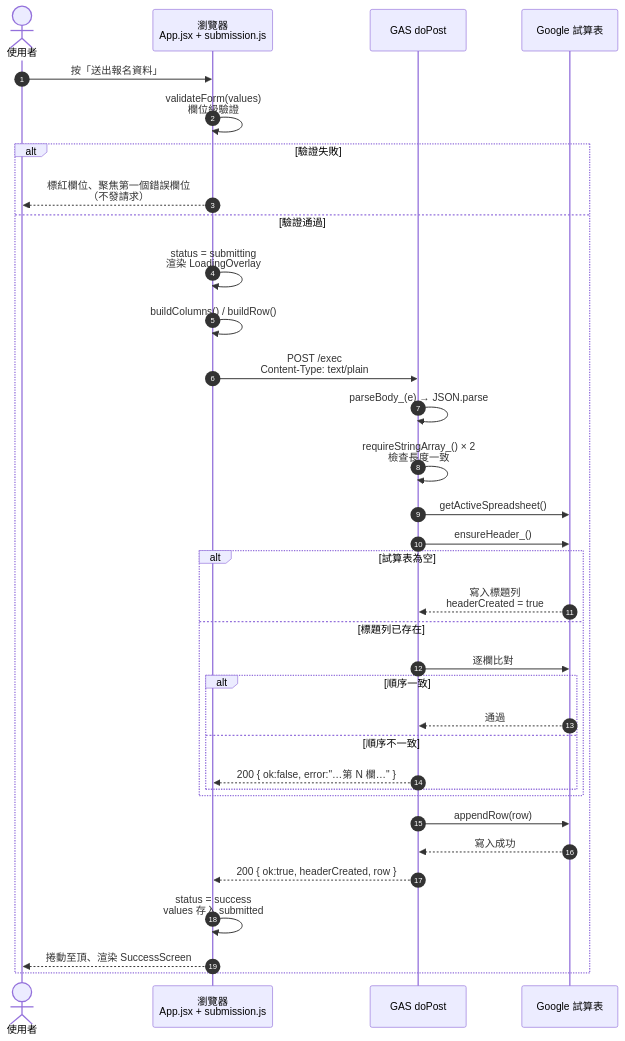
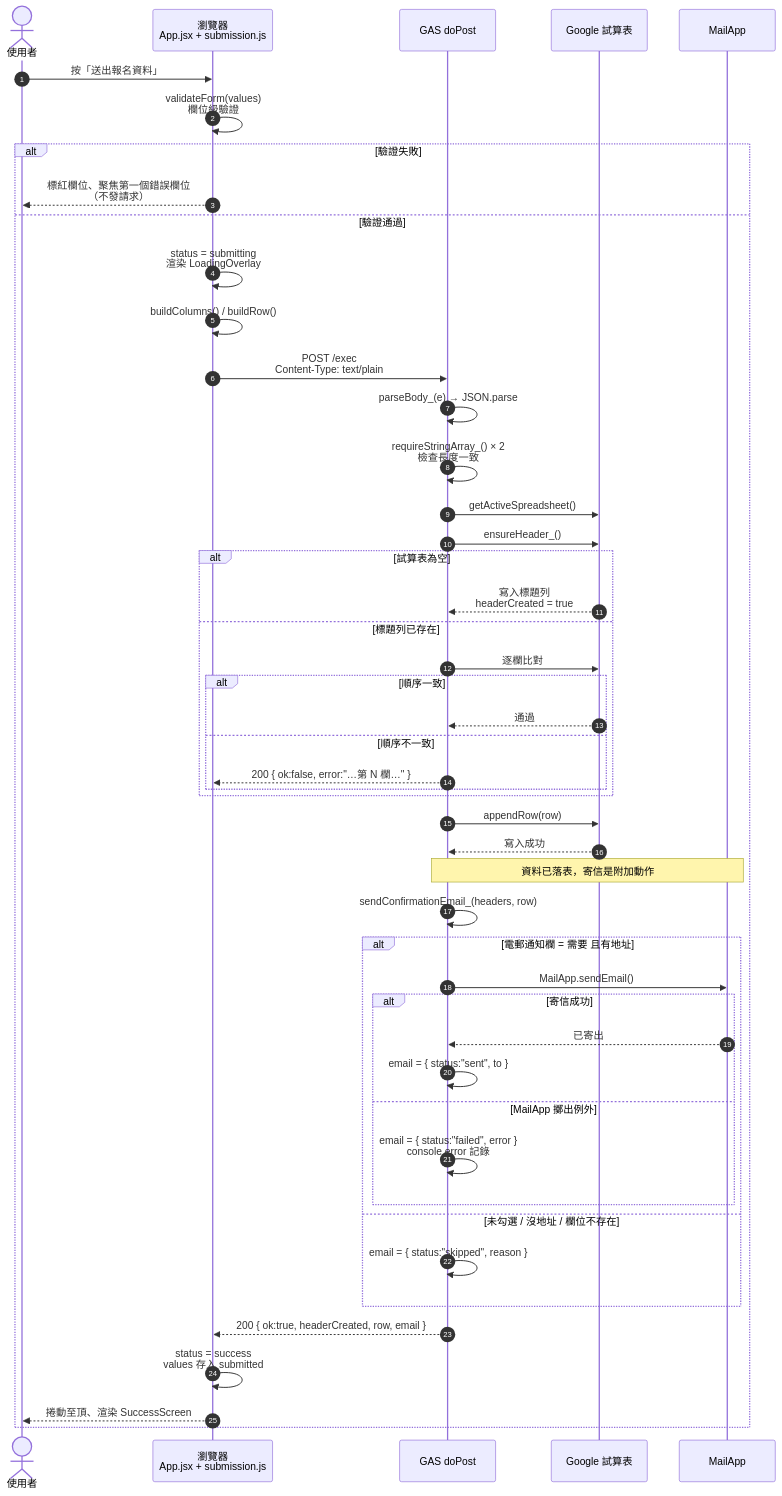
One commit to otc-application/otc-application-form changed the third of 7 diagrams in 2026-09-26 - 📄 NEW PAGE - Me Time 充充電報名表/doc/api.md. Above: the diagram before and after it, drawn with Mermaid. The commit also changed other lines of this file and 8 other files, not shown here.

````diff
--- a/2026-09-26 - 📄 NEW PAGE - Me Time 充充電報名表/doc/api.md
+++ b/2026-09-26 - 📄 NEW PAGE - Me Time 充充電報名表/doc/api.md
@@ -64,37 +64,51 @@
 ```mermaid
 sequenceDiagram
     autonumber
     actor U as 使用者
     participant F as 瀏覽器<br/>App.jsx + submission.js
     participant G as GAS doPost
     participant S as Google 試算表
+    participant M as MailApp
 
     U->>F: 按「送出報名資料」
     F->>F: validateForm(values)<br/>欄位級驗證
     alt 驗證失敗
         F-->>U: 標紅欄位、聚焦第一個錯誤欄位<br/>（不發請求）
     else 驗證通過
         F->>F: status = submitting<br/>渲染 LoadingOverlay
         F->>F: buildColumns() / buildRow()
         F->>G: POST /exec<br/>Content-Type: text/plain
         G->>G: parseBody_(e) → JSON.parse
         G->>G: requireStringArray_() × 2<br/>檢查長度一致
         G->>S: getActiveSpreadsheet()
         G->>S: ensureHeader_()
         alt 試算表為空
             S-->>G: 寫入標題列<br/>headerCreated = true
         else 標題列已存在
             G->>S: 逐欄比對
             alt 順序一致
                 S-->>G: 通過
             else 順序不一致
                 G-->>F: 200 { ok:false, error:"…第 N 欄…" }
             end
         end
         G->>S: appendRow(row)
         S-->>G: 寫入成功
-        G-->>F: 200 { ok:true, headerCreated, row }
+        Note over G,M: 資料已落表，寄信是附加動作
+        G->>G: sendConfirmationEmail_(headers, row)
+        alt 電郵通知欄 = 需要 且有地址
+            G->>M: MailApp.sendEmail()
+            alt 寄信成功
+                M-->>G: 已寄出
+                G->>G: email = { status:"sent", to }
+            else MailApp 擲出例外
+                G->>G: email = { status:"failed", error }<br/>console.error 記錄
+            end
+        else 未勾選 / 沒地址 / 欄位不存在
+            G->>G: email = { status:"skipped", reason }
+        end
+        G-->>F: 200 { ok:true, headerCreated, row, email }
         F->>F: status = success<br/>values 存入 submitted
         F-->>U: 捲動至頂、渲染 SuccessScreen
     end
 ```
````
